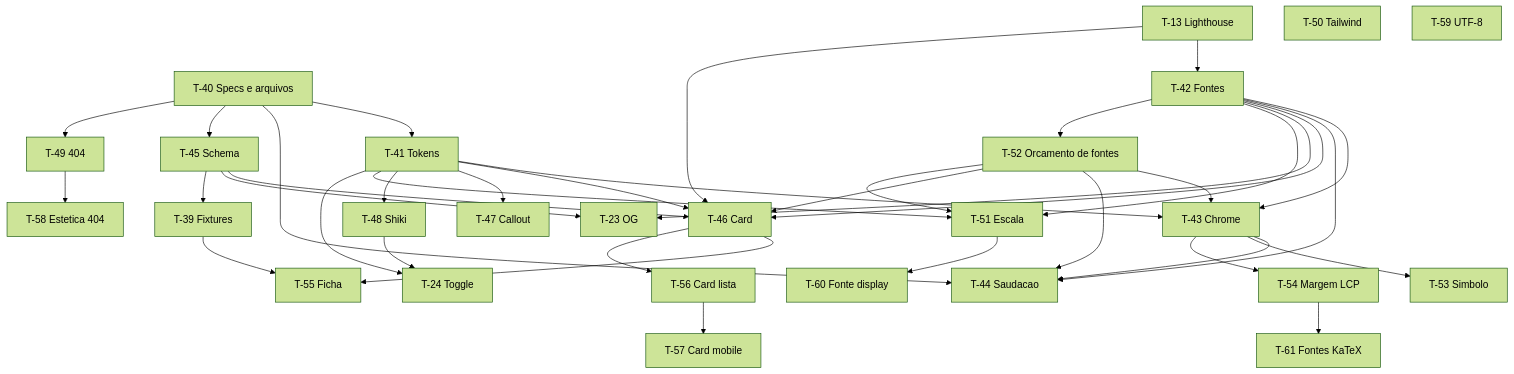
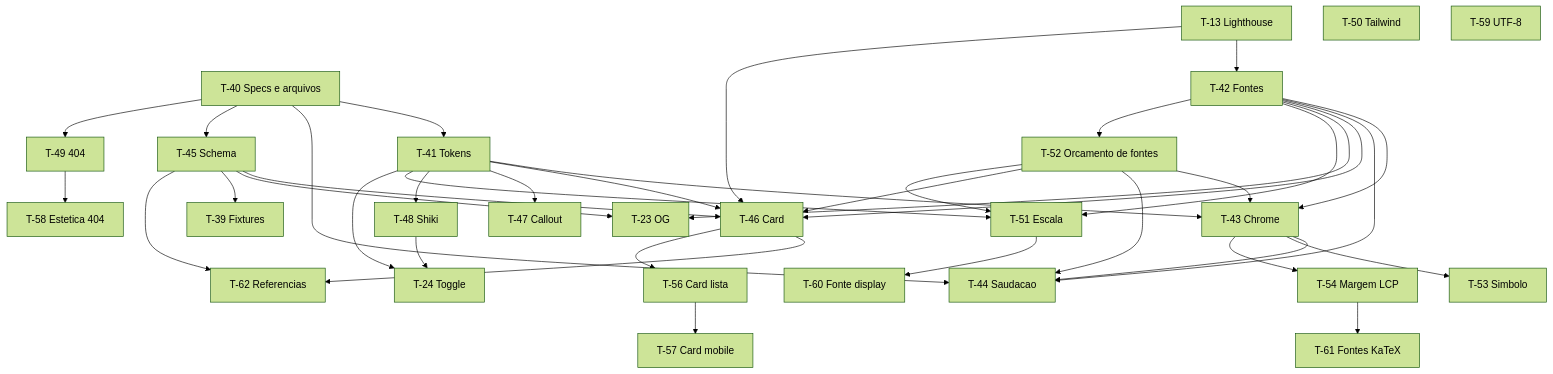
The second of 2 diagrams in specs/ROADMAP.md (Pedroknoll/blog_pedro-knoll), drawn with Mermaid (forest theme) before and after one commit. The commit also changed other lines of this file, not shown here.

Commit message:
T-62 — registro: cancela a T-55 e cria a T-62 [RF-04] (#36)

````diff
--- a/specs/ROADMAP.md
+++ b/specs/ROADMAP.md
@@ -86,65 +86,65 @@
 ```mermaid
 flowchart TD
   T40[T-40 Specs e arquivos]
   T41[T-41 Tokens]
   T13[T-13 Lighthouse]
   T42[T-42 Fontes]
   T51[T-51 Escala]
   T52[T-52 Orcamento de fontes]
   T43[T-43 Chrome]
   T44[T-44 Saudacao]
   T45[T-45 Schema]
   T46[T-46 Card]
   T47[T-47 Callout]
   T48[T-48 Shiki]
   T49[T-49 404]
   T50[T-50 Tailwind]
   T23[T-23 OG]
   T24[T-24 Toggle]
   T39[T-39 Fixtures]
   T53[T-53 Simbolo]
   T54[T-54 Margem LCP]
-  T55[T-55 Ficha]
+  T62[T-62 Referencias]
   T56[T-56 Card lista]
   T57[T-57 Card mobile]
   T58[T-58 Estetica 404]
   T59[T-59 UTF-8]
   T60[T-60 Fonte display]
   T61[T-61 Fontes KaTeX]
   T40 --> T41
   T40 --> T44
   T40 --> T45
   T40 --> T49
   T13 --> T42
   T41 --> T43
   T42 --> T43
   T43 --> T44
   T42 --> T44
   T13 --> T46
   T41 --> T46
   T42 --> T46
   T45 --> T46
   T41 --> T47
   T41 --> T48
   T45 --> T23
   T42 --> T23
   T42 --> T51
   T41 --> T51
   T42 --> T52
   T52 --> T43
   T52 --> T44
   T52 --> T46
   T52 --> T51
   T45 --> T39
   T41 --> T24
   T48 --> T24
   T43 --> T53
   T43 --> T54
-  T39 --> T55
-  T46 --> T55
+  T45 --> T62
+  T46 --> T62
   T46 --> T56
   T56 --> T57
   T49 --> T58
   T51 --> T60
   T54 --> T61
 ```
````
